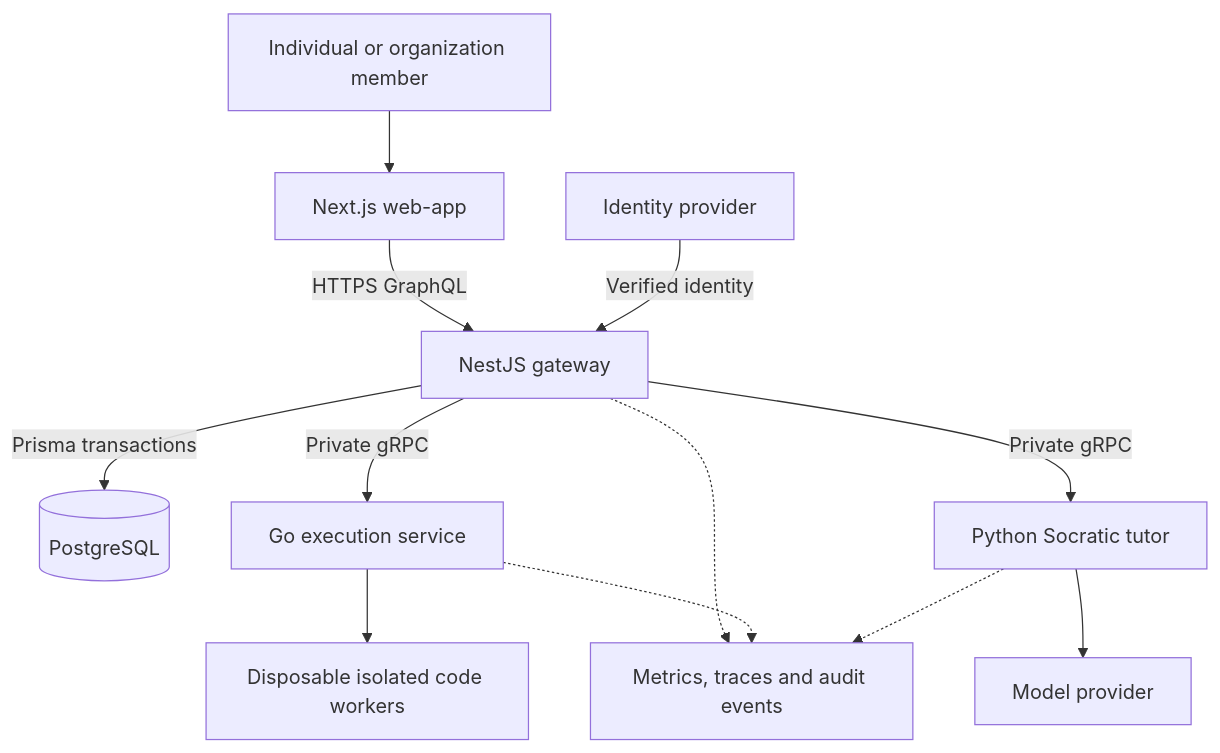
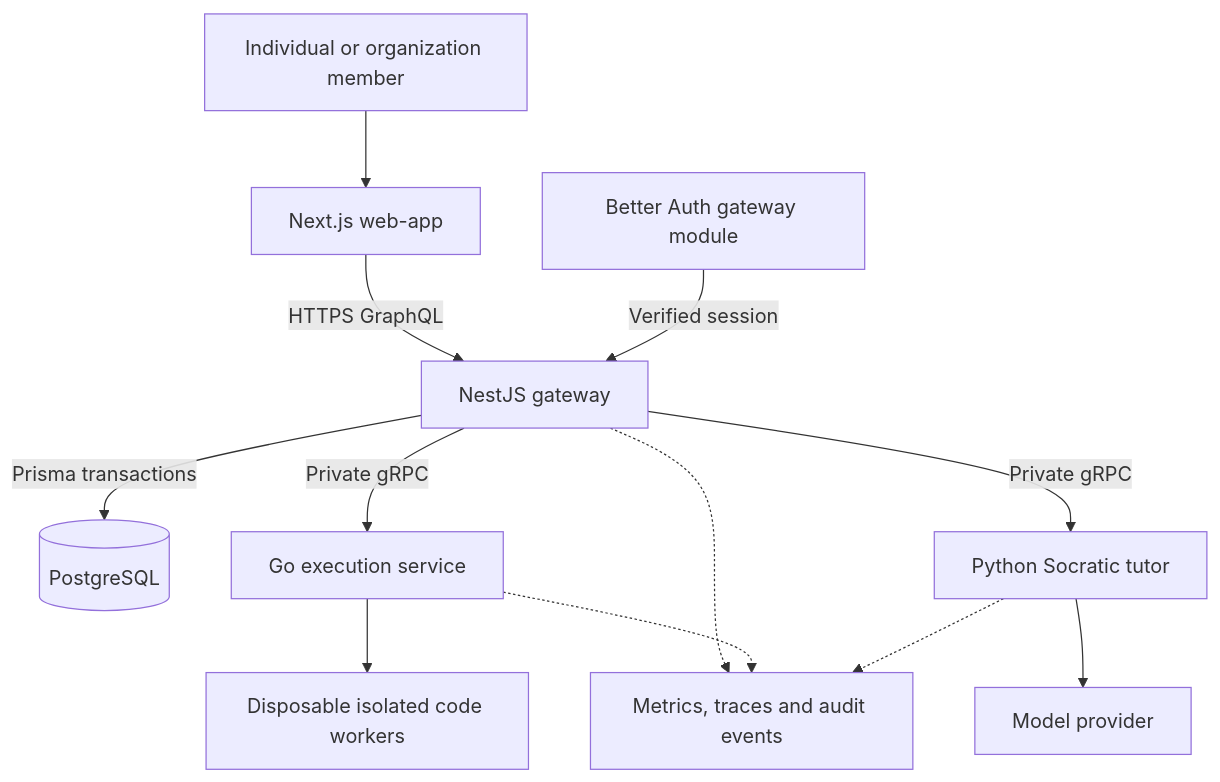
The diagram in docs/System Design.md (Alishba-Siddique/wepapp-socratescode), drawn with Mermaid before and after one commit. The commit also changed other lines of this file and 96 other files, not shown here.

````diff
--- a/docs/System Design.md
+++ b/docs/System Design.md
@@ -8,14 +8,14 @@
 ```mermaid
 flowchart TD
   Visitor[Individual or organization member] --> Web[Next.js web-app]
   Web -->|HTTPS GraphQL| API[NestJS gateway]
-  Identity[Identity provider] -->|Verified identity| API
+  Identity[Better Auth gateway module] -->|Verified session| API
   API -->|Prisma transactions| DB[(PostgreSQL)]
   API -->|Private gRPC| Runner[Go execution service]
   Runner --> Sandbox[Disposable isolated code workers]
   API -->|Private gRPC| Tutor[Python Socratic tutor]
   Tutor --> Model[Model provider]
   API -.-> Telemetry[Metrics, traces and audit events]
   Runner -.-> Telemetry
   Tutor -.-> Telemetry
 ```
````
